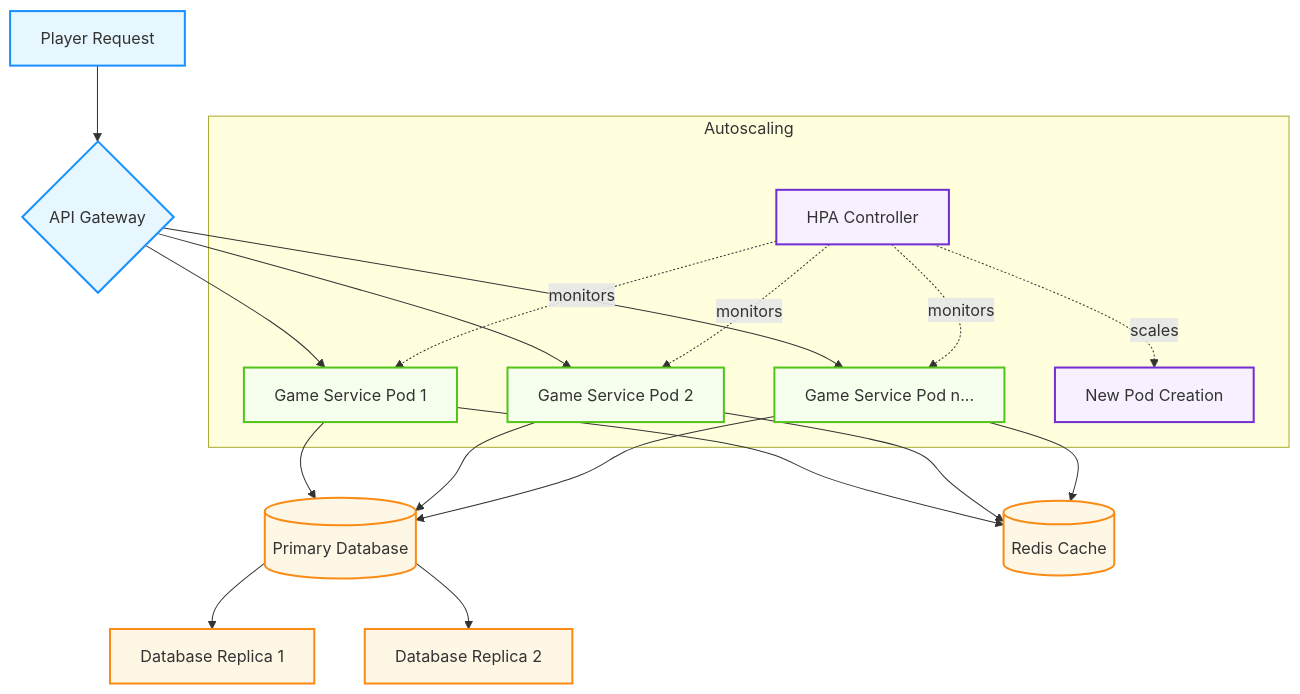
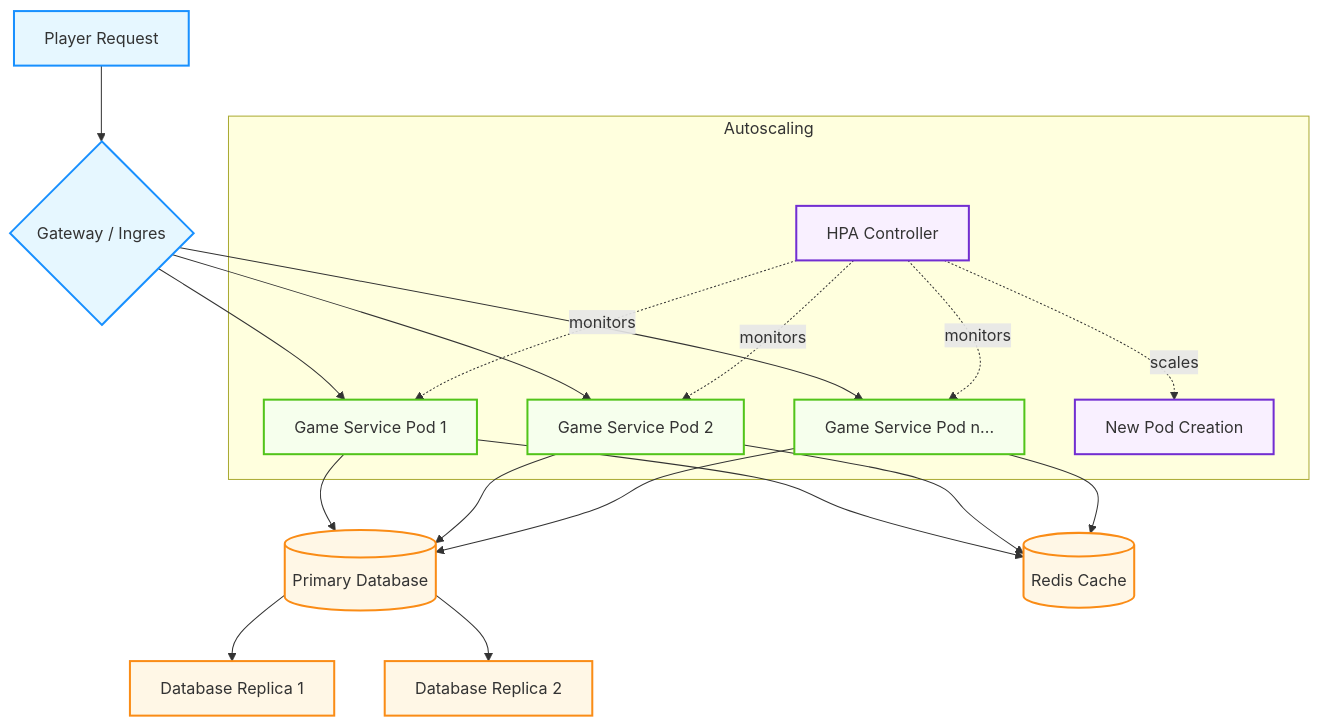
Before and after one commit to hrishin/devops: the fourth of 4 diagrams in README.md, drawn with Mermaid.

Commit message:
Updates the plan

````diff
--- a/README.md
+++ b/README.md
@@ -135,36 +135,36 @@
 ```mermaid
 graph TD
-    A[Player Request] --> B{API Gateway}
+    A[Player Request] --> B{Gateway / Ingres}
     
     B --> C[Game Service Pod 1]
     B --> D[Game Service Pod 2]
     B --> E[Game Service Pod n...]
     
     C --> F[(Primary Database)]
     D --> F
     E --> F
     
     C --> G[(Redis Cache)]
     D --> G
     E --> G
     
     F --> H[Database Replica 1]
     F --> I[Database Replica 2]
     
     subgraph "Autoscaling"
         J[HPA Controller] -. monitors .-> C
         J -. monitors .-> D
         J -. monitors .-> E
         J -. scales .-> K[New Pod Creation]
     end
     
     classDef gateway fill:#e6f7ff,stroke:#1890ff,stroke-width:2px
     classDef service fill:#f6ffed,stroke:#52c41a,stroke-width:2px
     classDef data fill:#fff7e6,stroke:#fa8c16,stroke-width:2px
     classDef scaling fill:#f9f0ff,stroke:#722ed1,stroke-width:2px
     
     class A,B gateway
     class C,D,E service
     class F,G,H,I data
     class J,K scaling
 ```
````
